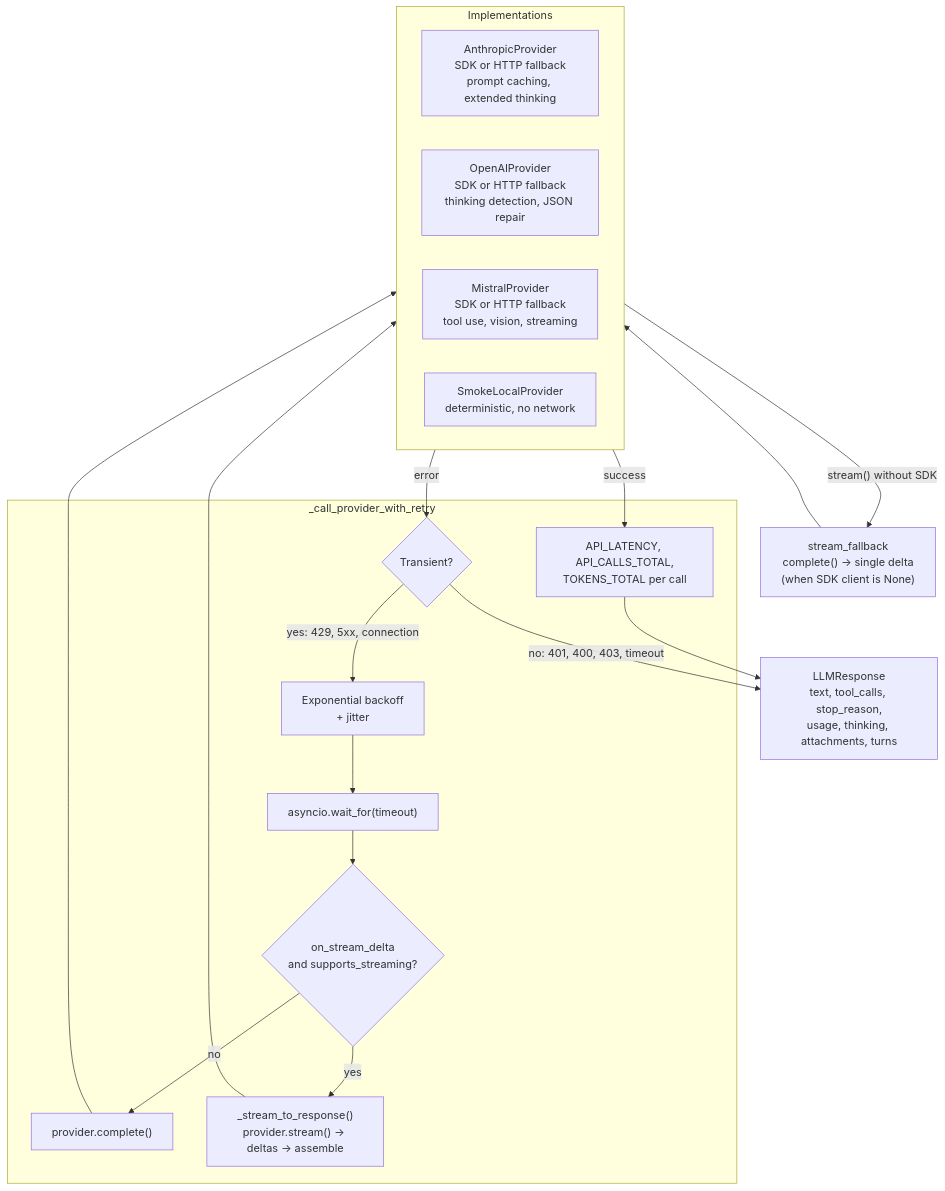
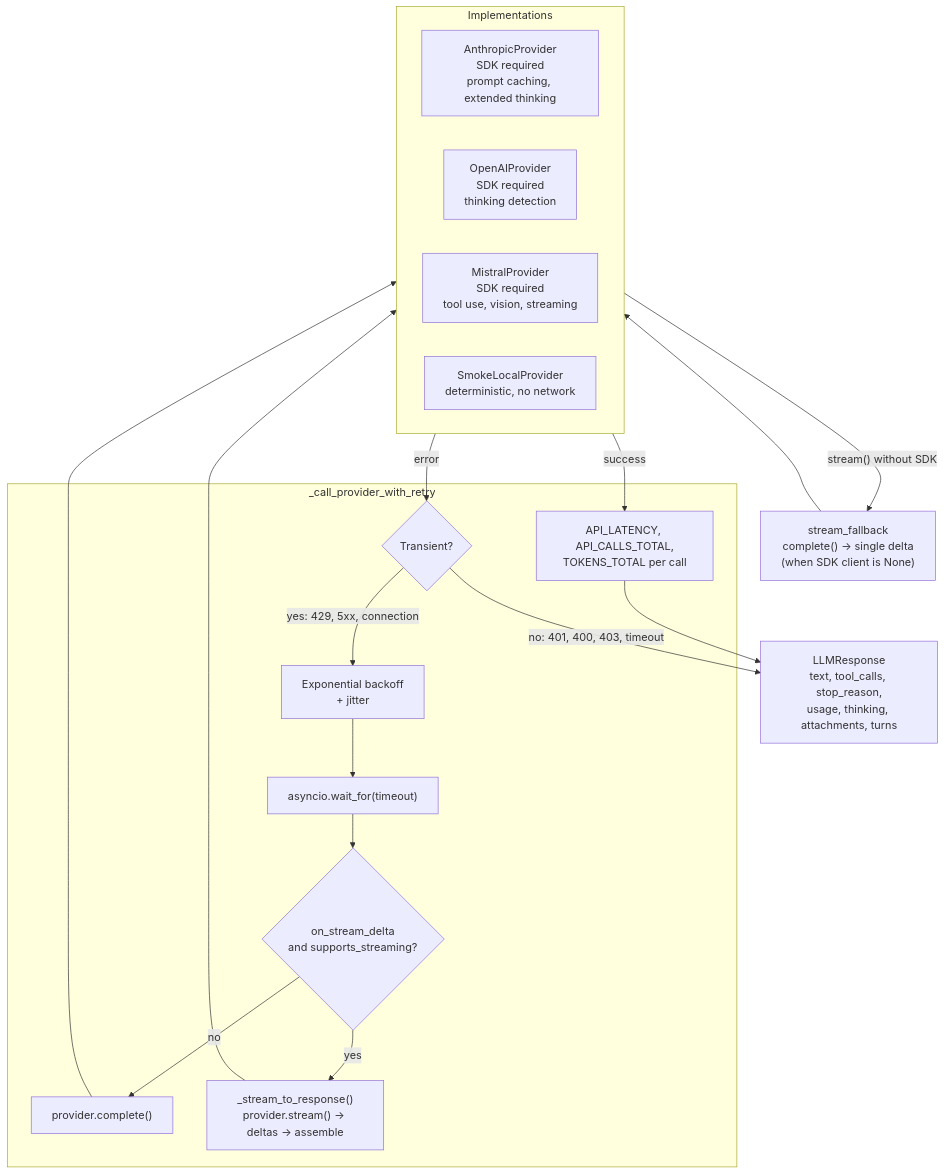
Before and after one commit to nicolasforstinger/lucyd: the fifth of 10 diagrams in docs/diagrams.md, drawn with Mermaid. The commit also changed other lines of this file and 27 other files, not shown here.

````diff
--- a/docs/diagrams.md
+++ b/docs/diagrams.md
@@ -338,32 +334,32 @@
 ```mermaid
 flowchart TD
     subgraph Retry["_call_provider_with_retry"]
         TIMEOUT["asyncio.wait_for(timeout)"]
         STREAM_Q{"on_stream_delta<br/>and supports_streaming?"}
         COMPLETE["provider.complete()"]
         STREAM_PATH["_stream_to_response()<br/>provider.stream() → deltas → assemble"]
         METRICS["API_LATENCY, API_CALLS_TOTAL,<br/>TOKENS_TOTAL per call"]
         ERR{"Transient?"}
         BACKOFF["Exponential backoff<br/>+ jitter"]
     end
 
     subgraph Providers["Implementations"]
-        ANTHROPIC["AnthropicProvider<br/>SDK or HTTP fallback<br/>prompt caching, extended thinking"]
-        OPENAI["OpenAIProvider<br/>SDK or HTTP fallback<br/>thinking detection, JSON repair"]
-        MISTRAL["MistralProvider<br/>SDK or HTTP fallback<br/>tool use, vision, streaming"]
+        ANTHROPIC["AnthropicProvider<br/>SDK required<br/>prompt caching, extended thinking"]
+        OPENAI["OpenAIProvider<br/>SDK required<br/>thinking detection"]
+        MISTRAL["MistralProvider<br/>SDK required<br/>tool use, vision, streaming"]
         SMOKE["SmokeLocalProvider<br/>deterministic, no network"]
     end
 
     FALLBACK["stream_fallback<br/>complete() → single delta<br/>(when SDK client is None)"]
 
     RESP["LLMResponse<br/>text, tool_calls, stop_reason,<br/>usage, thinking, attachments, turns"]
 
     TIMEOUT --> STREAM_Q
     STREAM_Q -->|yes| STREAM_PATH --> Providers
     STREAM_Q -->|no| COMPLETE --> Providers
     Providers -->|"stream() without SDK"| FALLBACK --> Providers
     Providers -->|success| METRICS --> RESP
     Providers -->|error| ERR
     ERR -->|"yes: 429, 5xx, connection"| BACKOFF --> TIMEOUT
     ERR -->|"no: 401, 400, 403, timeout"| RESP
 ```
````
